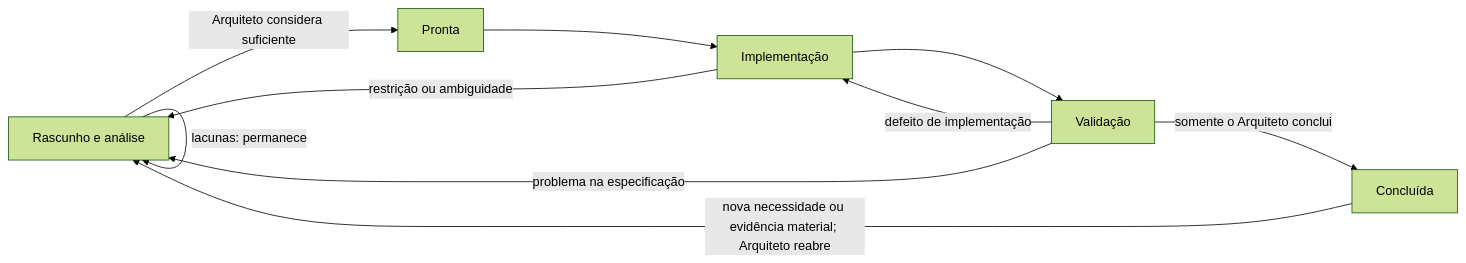
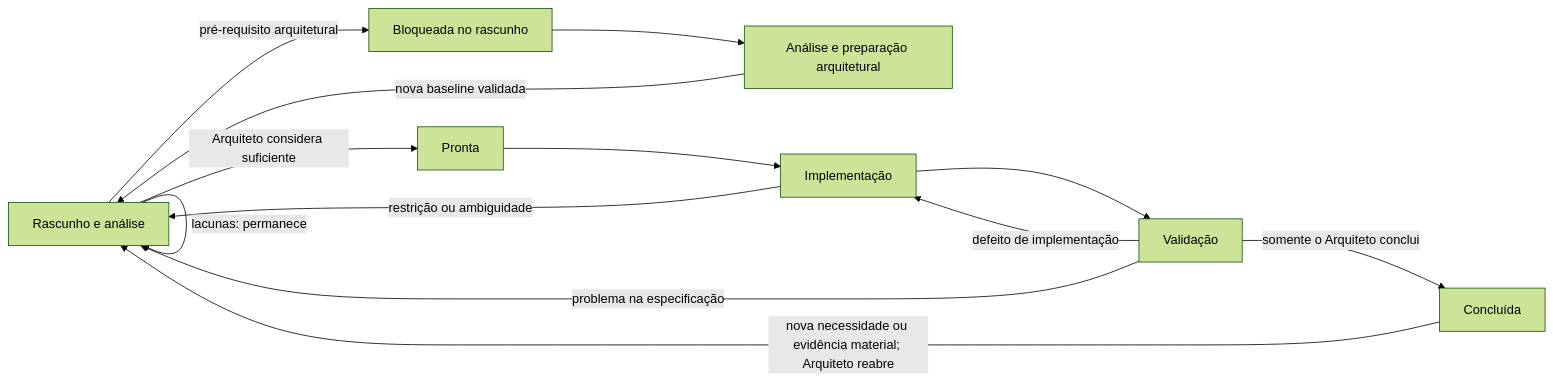
The first of 2 diagrams in README.md (iotsmartsys/EKM-guidelines), drawn with Mermaid (forest theme) before and after one commit. The commit also changed other lines of this file and 27 other files, not shown here.

````diff
--- a/README.md
+++ b/README.md
@@ -62,13 +67,16 @@
 ```mermaid
 flowchart LR
     A["Rascunho e análise"] -->|"Arquiteto considera suficiente"| P["Pronta"]
+    A -->|"pré-requisito arquitetural"| B["Bloqueada no rascunho"]
+    B --> AP["Análise e preparação arquitetural"]
+    AP -->|"nova baseline validada"| A
     P --> I["Implementação"]
     I --> V["Validação"]
     V -->|"somente o Arquiteto conclui"| C["Concluída"]
 
     A -->|"lacunas: permanece"| A
     I -->|"restrição ou ambiguidade"| A
     V -->|"defeito de implementação"| I
     V -->|"problema na especificação"| A
     C -->|"nova necessidade ou evidência material; Arquiteto reabre"| A
 ```
````
